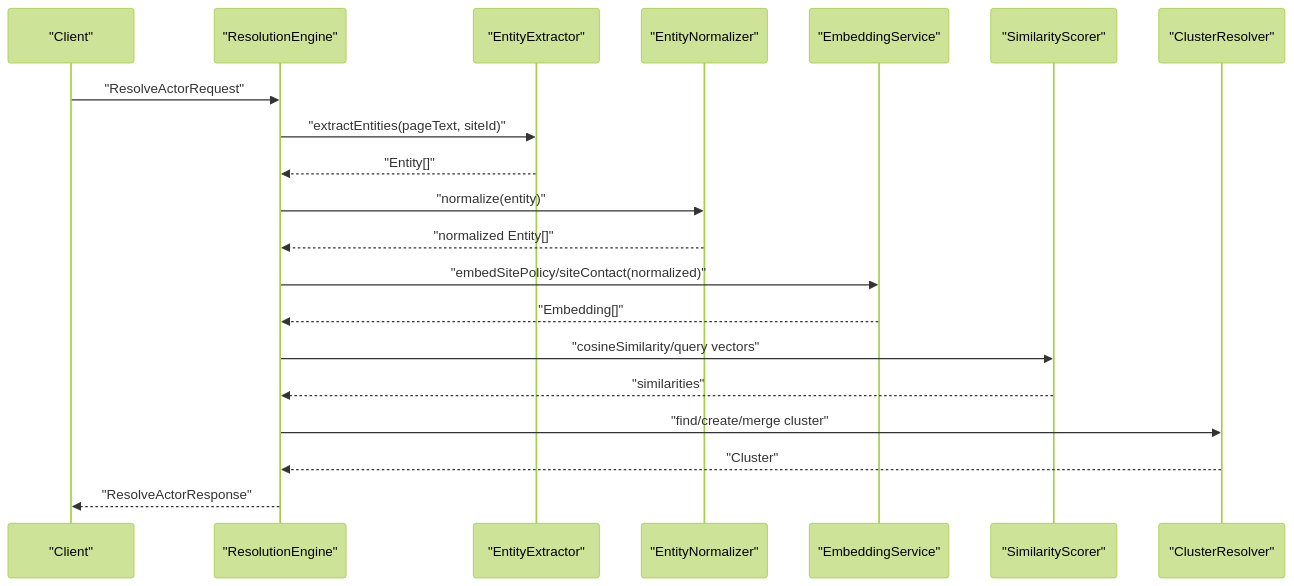
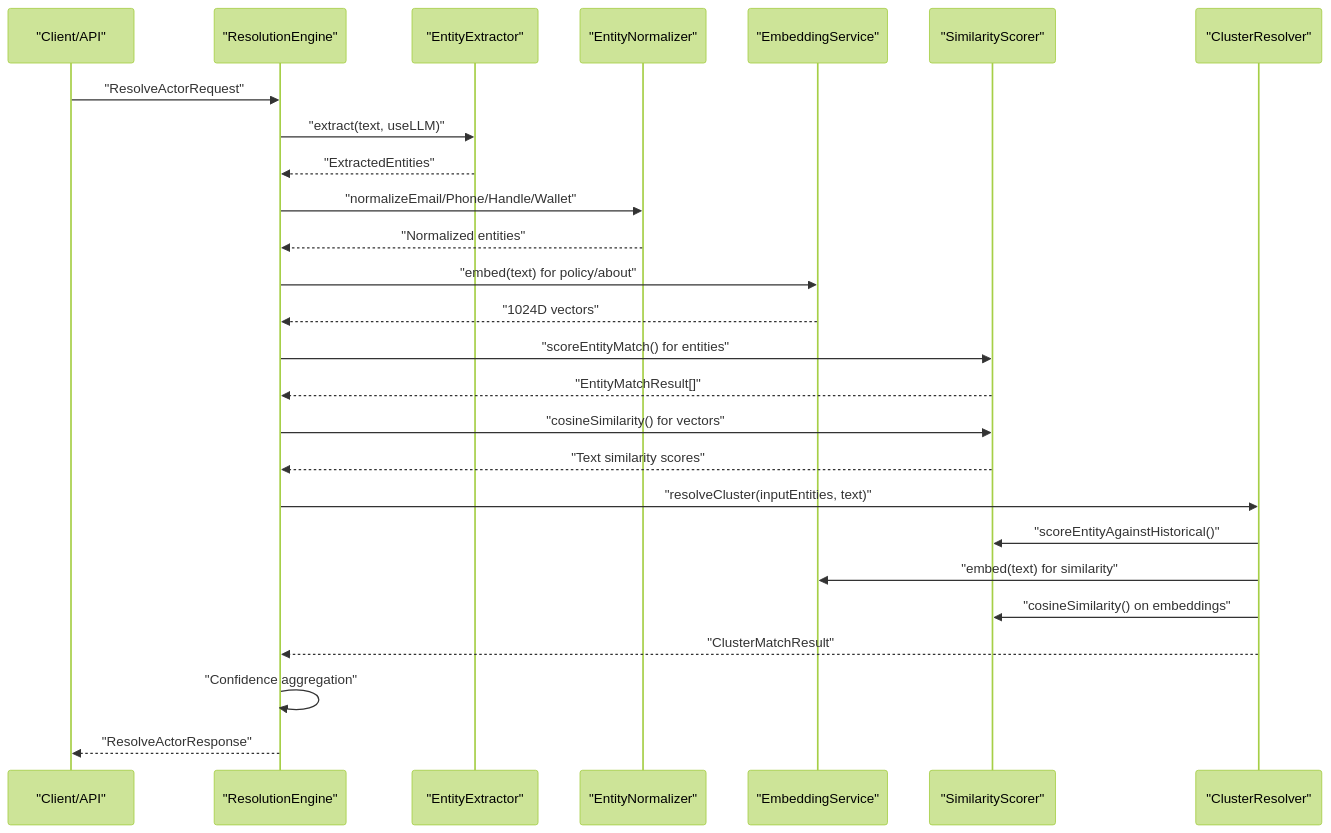
Before and after one commit to vishnusaibhosekar/ares: the second of 3 diagrams in .qoder/repowiki/en/content/Core Services/Core Services.md, drawn with Mermaid (forest theme). The commit also changed other lines of this file and 21 other files, not shown here.

````diff
--- a/.qoder/repowiki/en/content/Core Services/Core Services.md
+++ b/.qoder/repowiki/en/content/Core Services/Core Services.md
@@ -118,22 +372,28 @@
 ```mermaid
 sequenceDiagram
-participant Client as "Client"
+participant Client as "Client/API"
 participant Engine as "ResolutionEngine"
 participant Extractor as "EntityExtractor"
 participant Normalizer as "EntityNormalizer"
 participant Embedder as "EmbeddingService"
 participant Scorer as "SimilarityScorer"
 participant Resolver as "ClusterResolver"
 Client->>Engine : "ResolveActorRequest"
-Engine->>Extractor : "extractEntities(pageText, siteId)"
-Extractor-->>Engine : "Entity[]"
-Engine->>Normalizer : "normalize(entity)"
-Normalizer-->>Engine : "normalized Entity[]"
-Engine->>Embedder : "embedSitePolicy/siteContact(normalized)"
-Embedder-->>Engine : "Embedding[]"
-Engine->>Scorer : "cosineSimilarity/query vectors"
-Scorer-->>Engine : "similarities"
-Engine->>Resolver : "find/create/merge cluster"
-Resolver-->>Engine : "Cluster"
+Engine->>Extractor : "extract(text, useLLM)"
+Extractor-->>Engine : "ExtractedEntities"
+Engine->>Normalizer : "normalizeEmail/Phone/Handle/Wallet"
+Normalizer-->>Engine : "Normalized entities"
+Engine->>Embedder : "embed(text) for policy/about"
+Embedder-->>Engine : "1024D vectors"
+Engine->>Scorer : "scoreEntityMatch() for entities"
+Scorer-->>Engine : "EntityMatchResult[]"
+Engine->>Scorer : "cosineSimilarity() for vectors"
+Scorer-->>Engine : "Text similarity scores"
+Engine->>Resolver : "resolveCluster(inputEntities, text)"
+Resolver->>Scorer : "scoreEntityAgainstHistorical()"
+Resolver->>Embedder : "embed(text) for similarity"
+Resolver->>Scorer : "cosineSimilarity() on embeddings"
+Resolver-->>Engine : "ClusterMatchResult"
+Engine->>Engine : "Confidence aggregation"
 Engine-->>Client : "ResolveActorResponse"
 ```
````
